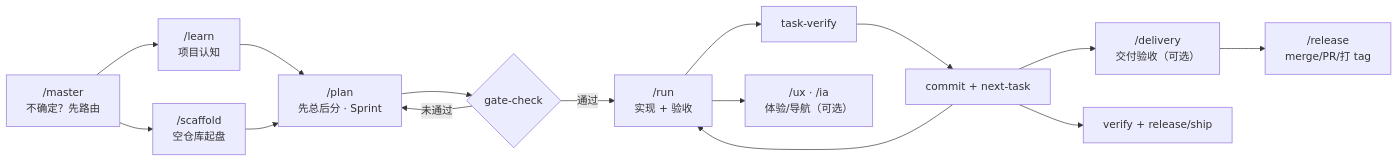
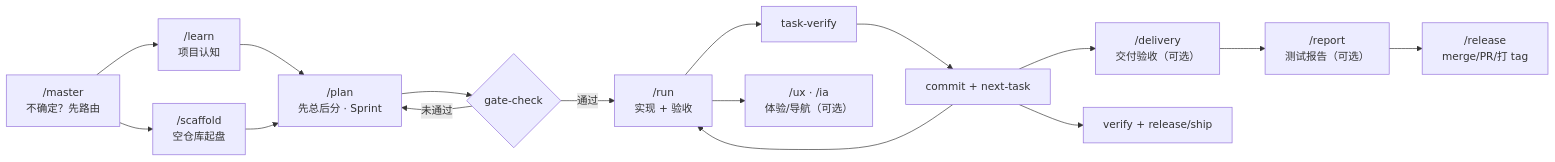
One commit to wangqiqi/cursor-ai changed the diagram in README.md. Above: the diagram before and after it, drawn with Mermaid. The commit also changed other lines of this file and 38 other files, not shown here.

First line of the commit message:
release: add test-report skill (/report) (v4.24.8)

````diff
--- a/README.md
+++ b/README.md
@@ -81,17 +82,18 @@
 ```mermaid
 flowchart LR
   A["/master<br/>不确定？先路由"] --> B["/scaffold<br/>空仓库起盘"]
   A --> C["/learn<br/>项目认知"]
   C --> D["/plan<br/>先总后分 · Sprint"]
   B --> D
   D --> E{"gate-check"}
   E -->|通过| F["/run<br/>实现 + 验收"]
   E -->|未通过| D
   F --> G["task-verify"]
   G --> H["commit + next-task"]
   H --> F
   F --> U["/ux · /ia<br/>体验/导航（可选）"]
   H --> J["/delivery<br/>交付验收（可选）"]
-  J --> K["/release<br/>merge/PR/打 tag"]
+  J --> R["/report<br/>测试报告（可选）"]
+  R --> K["/release<br/>merge/PR/打 tag"]
   H --> I["verify + release/ship"]
 ```
````
